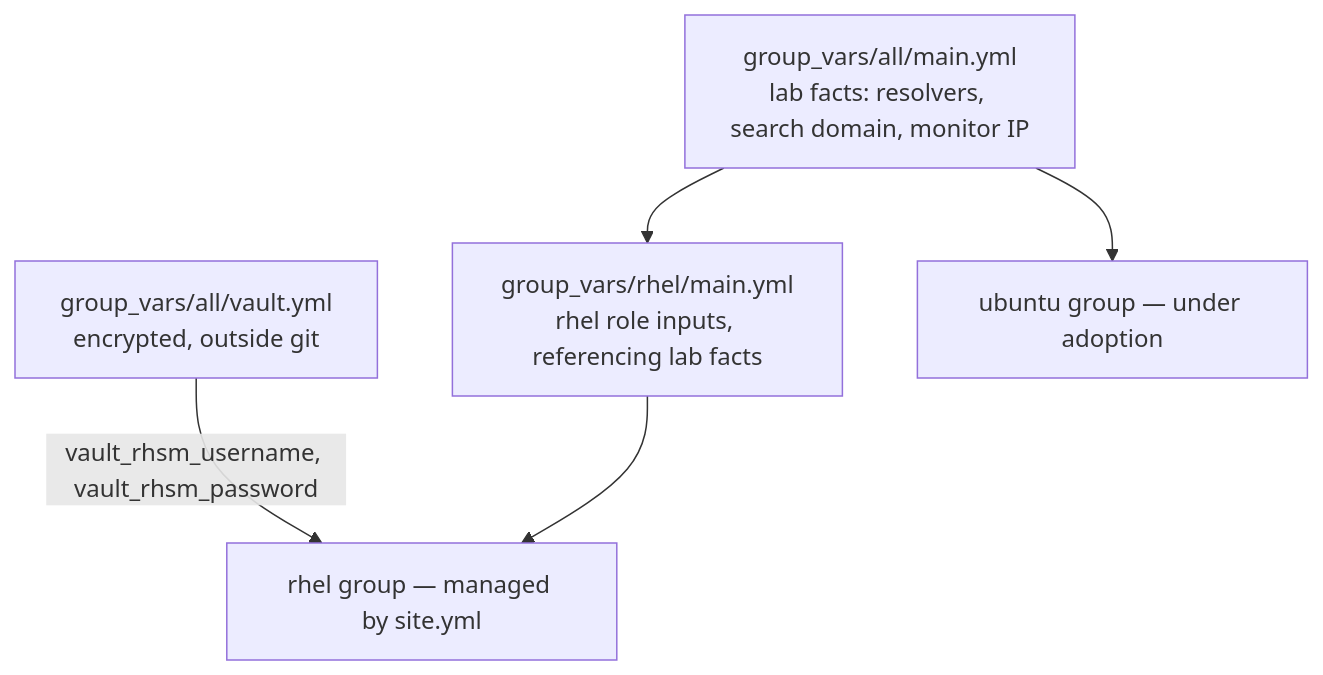
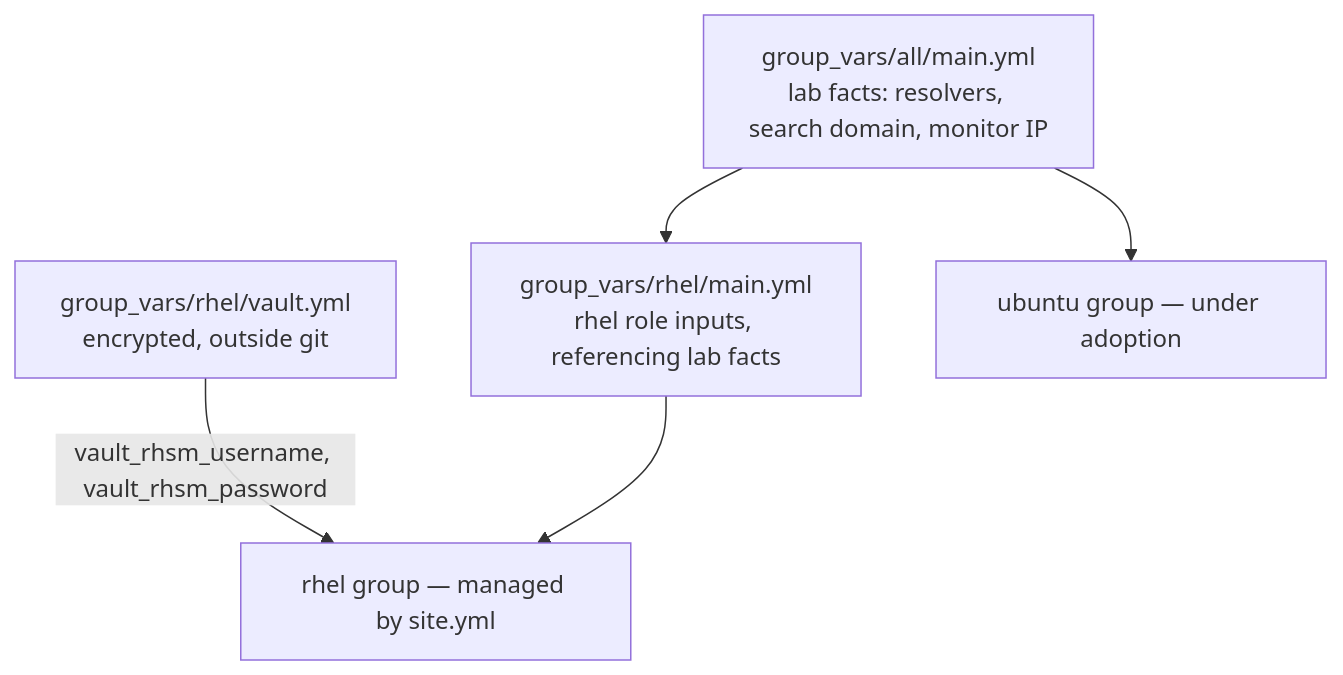
The diagram in README.md (eugeneivanov-dev/ansible), drawn with Mermaid before and after one commit. The commit also changed other lines of this file, not shown here.

Commit message:
README: ubuntu play roles, vault location after move

````diff
--- a/README.md
+++ b/README.md
@@ -39,13 +39,13 @@
 ```mermaid
 flowchart TB
-    vault["group_vars/all/vault.yml<br/>encrypted, outside git"]
+    vault["group_vars/rhel/vault.yml<br/>encrypted, outside git"]
     lab_facts["group_vars/all/main.yml<br/>lab facts: resolvers, search domain, monitor IP"]
     rhel_vars["group_vars/rhel/main.yml<br/>rhel role inputs, referencing lab facts"]
     rhel["rhel group — managed by site.yml"]
     ubuntu["ubuntu group — under adoption"]
 
     vault -- "vault_rhsm_username, vault_rhsm_password" --> rhel
     lab_facts --> rhel_vars
     lab_facts --> ubuntu
     rhel_vars --> rhel
 ```
````
